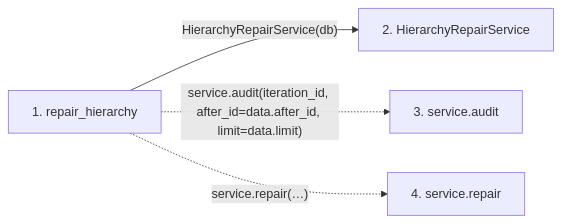
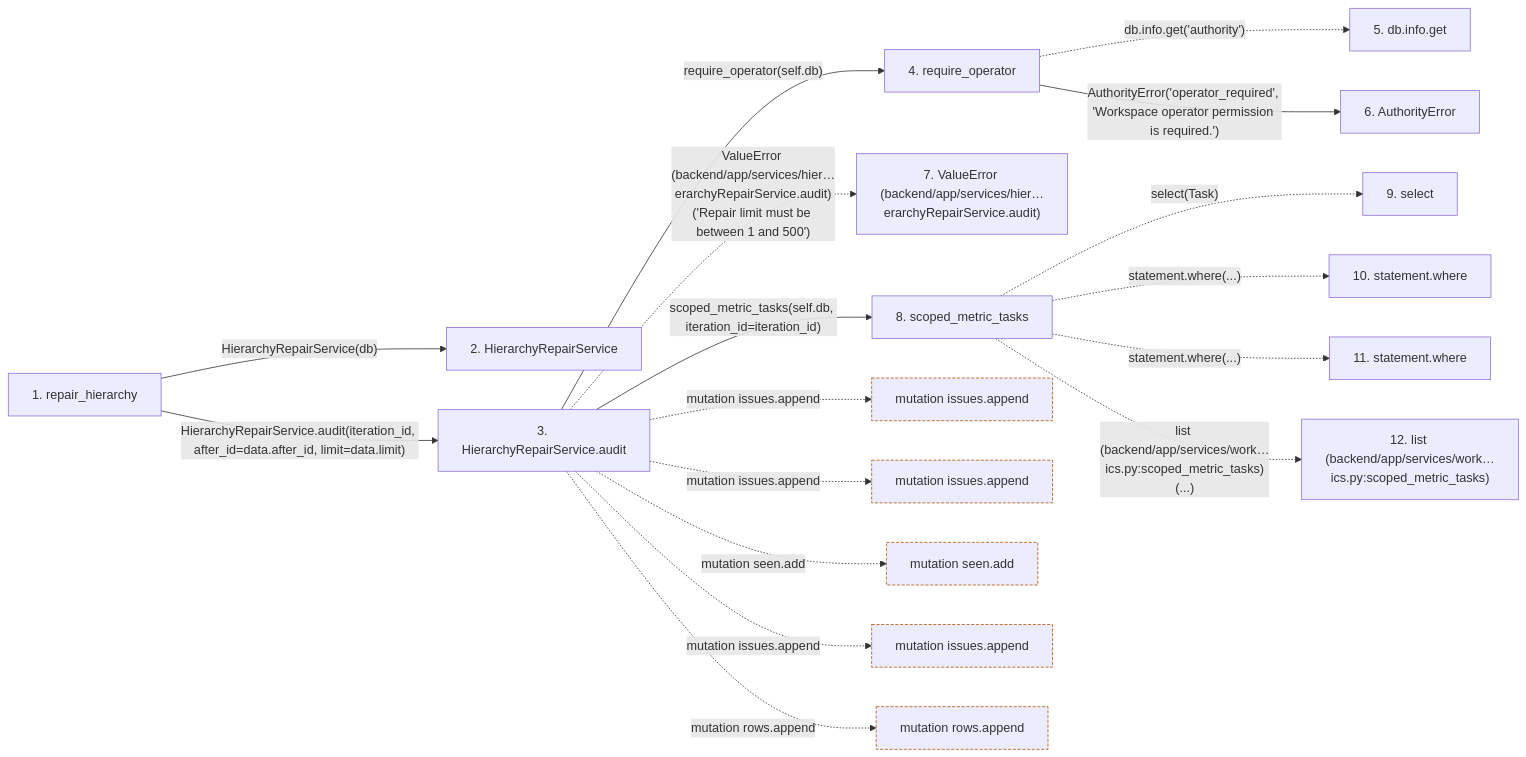
One commit to Denissvgn/WorkChord changed the second of 2 diagrams in docs/llm_wiki/flows/http-repair_hierarchy.md. Above: the diagram before and after it, drawn with Mermaid. The commit also changed other lines of this file and 25171 other files, not shown here.

````diff
--- a/docs/llm_wiki/flows/http-repair_hierarchy.md
+++ b/docs/llm_wiki/flows/http-repair_hierarchy.md
@@ -24,12 +132,48 @@
 ```mermaid
 flowchart LR
     s1["1. repair_hierarchy"]
     s2["2. HierarchyRepairService"]
-    s3["3. service.audit"]
-    s4["4. service.repair"]
+    s3["3. HierarchyRepairService.audit"]
+    s4["4. require_operator"]
+    s5["5. db.info.get"]
+    s6["6. AuthorityError"]
+    s7["7. ValueError (backend/app/services/hier…erarchyRepairService.audit)"]
+    s8["8. scoped_metric_tasks"]
+    s9["9. select"]
+    s10["10. statement.where"]
+    s11["11. statement.where"]
+    s12["12. list (backend/app/services/work…ics.py:scoped_metric_tasks)"]
     s1 -->|"HierarchyRepairService(db)"| s2
-    s1 -. "service.audit(iteration_id, after_id=data.after_id, limit=data.limit)" .-> s3
-    s1 -. "service.repair(…)" .-> s4
+    s1 -->|"HierarchyRepairService.audit(iteration_id, after_id=data.after_id, limit=data.limit)"| s3
+    s3 -->|"require_operator(self.db)"| s4
+    s4 -. "db.info.get('authority')" .-> s5
+    s4 -->|"AuthorityError('operator_required', 'Workspace operator permission is required.')"| s6
+    s3 -. "ValueError (backend/app/services/hier…erarchyRepairService.audit)('Repair limit must be between 1 and 500')" .-> s7
+    s3 -->|"scoped_metric_tasks(self.db, iteration_id=iteration_id)"| s8
+    s8 -. "select(Task)" .-> s9
+    s8 -. "statement.where(...)" .-> s10
+    s8 -. "statement.where(...)" .-> s11
+    s8 -. "list (backend/app/services/work…ics.py:scoped_metric_tasks)(...)" .-> s12
+    b0["mutation issues.append"]
+    s3 -. "mutation issues.append" .-> b0
+    b1["mutation issues.append"]
+    s3 -. "mutation issues.append" .-> b1
+    b2["mutation seen.add"]
+    s3 -. "mutation seen.add" .-> b2
+    b3["mutation issues.append"]
+    s3 -. "mutation issues.append" .-> b3
+    b4["mutation rows.append"]
+    s3 -. "mutation rows.append" .-> b4
     click s1 "../modules/snapshots.md"
     click s2 "../modules/hierarchy_repair_service.md"
+    click s3 "../modules/hierarchy_repair_service.md"
+    click s4 "../modules/authority.md"
+    click s6 "../modules/authority.md"
+    click s8 "../modules/services_work_metrics.md"
+    classDef boundary stroke:#b45309,stroke-dasharray: 4 2
+    class b0 boundary
+    class b1 boundary
+    class b2 boundary
+    class b3 boundary
+    class b4 boundary
 ```
````
